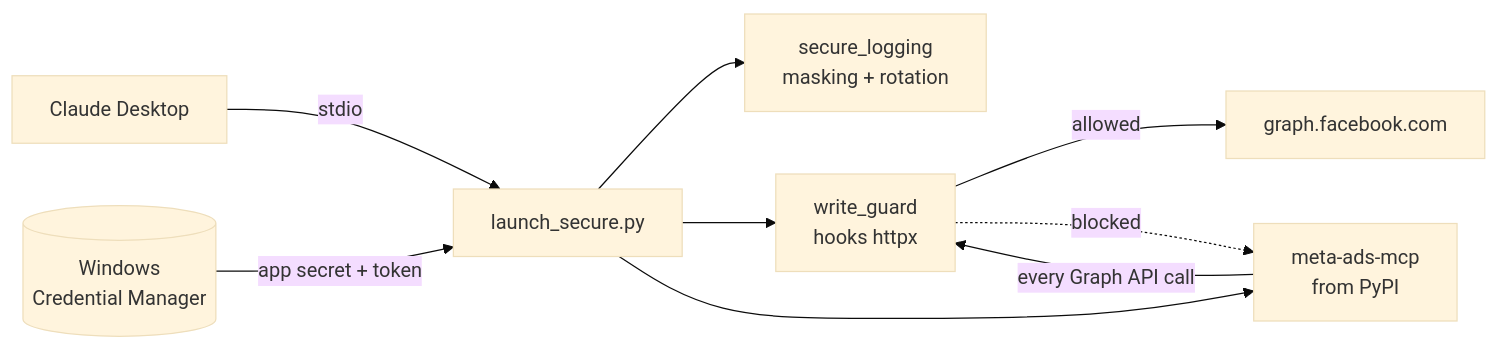
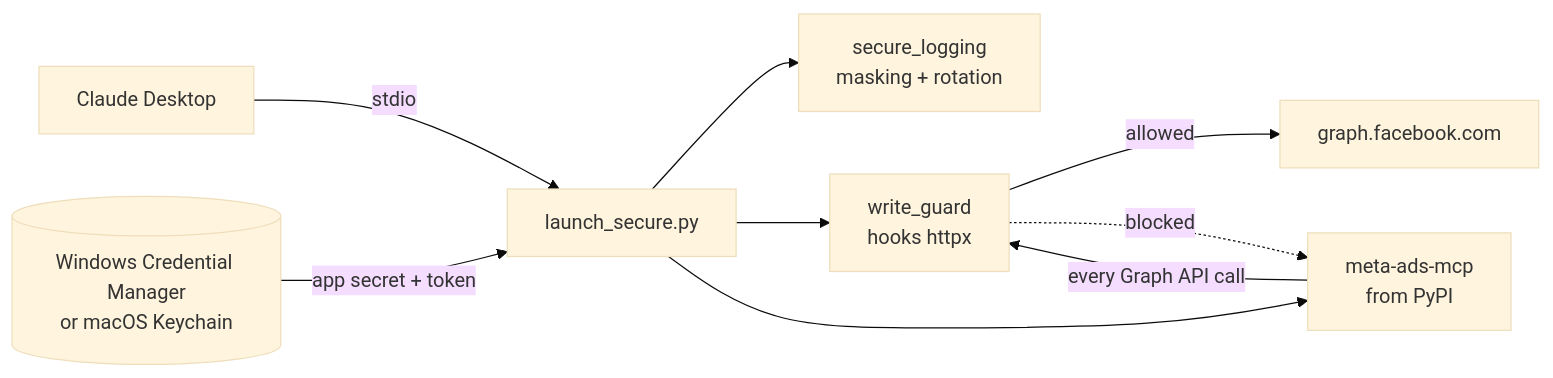
One commit to normannormalmann/meta-ads-mcp-secure-launcher changed the diagram in README.md. Above: the diagram before and after it, drawn with Mermaid (base theme). The commit also changed other lines of this file and 20 other files, not shown here.

First line of the commit message:
feat: macOS support with credentials in the Keychain

````diff
--- a/README.md
+++ b/README.md
@@ -64,11 +64,11 @@
 ```mermaid
 flowchart LR
     CD[Claude Desktop] -- stdio --> L[launch_secure.py]
-    WCM[(Windows<br/>Credential Manager)] -- app secret + token --> L
+    WCM[(Windows Credential Manager<br/>or macOS Keychain)] -- app secret + token --> L
     L --> SL[secure_logging<br/>masking + rotation]
     L --> WG[write_guard<br/>hooks httpx]
     L --> M[meta-ads-mcp<br/>from PyPI]
     M -- every Graph API call --> WG
     WG -- allowed --> G[graph.facebook.com]
     WG -. blocked .-> M
 ```
````
